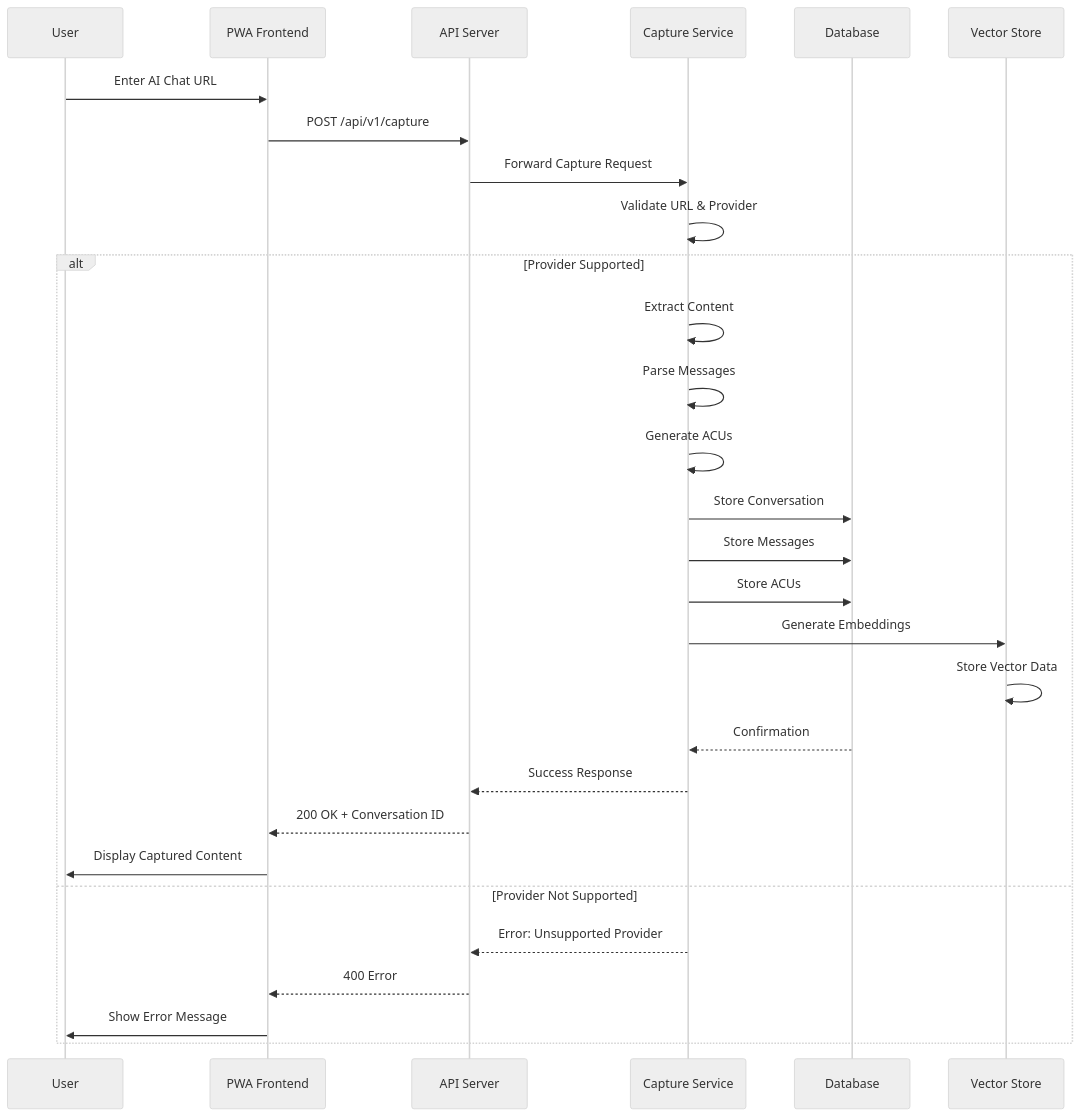
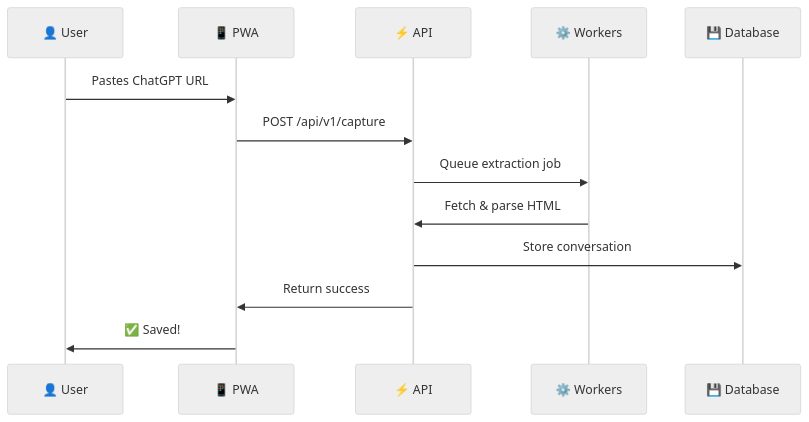
One commit to owenservera/vivim-app changed the third of 8 diagrams in vivim.docs.context/docs/architecture/overview.md. Above: the diagram before and after it, drawn with Mermaid (neutral theme). The commit also changed other lines of this file and 18 other files, not shown here.

````diff
--- a/vivim.docs.context/docs/architecture/overview.md
+++ b/vivim.docs.context/docs/architecture/overview.md
@@ -120,38 +124,16 @@
 ```mermaid
 sequenceDiagram
-    participant U as User
-    participant PWA as PWA Frontend
-    participant API as API Server
-    participant CAP as Capture Service
-    participant DB as Database
-    participant VEC as Vector Store
-
-    U->>PWA: Enter AI Chat URL
-    PWA->>API: POST /api/v1/capture
+    participant U as 👤 User
+    participant P as 📱 PWA
+    participant A as ⚡ API
+    participant W as ⚙️ Workers
+    participant D as 💾 Database
     
-    API->>CAP: Forward Capture Request
-    CAP->>CAP: Validate URL & Provider
-    
-    alt Provider Supported
-        CAP->>CAP: Extract Content
-        CAP->>CAP: Parse Messages
-        CAP->>CAP: Generate ACUs
-        
-        CAP->>DB: Store Conversation
-        CAP->>DB: Store Messages
-        CAP->>DB: Store ACUs
-        
-        CAP->>VEC: Generate Embeddings
-        VEC->>VEC: Store Vector Data
-        
-        DB-->>CAP: Confirmation
-        CAP-->>API: Success Response
-        API-->>PWA: 200 OK + Conversation ID
-        
-        PWA->>U: Display Captured Content
-    else Provider Not Supported
-        CAP-->>API: Error: Unsupported Provider
-        API-->>PWA: 400 Error
-        PWA->>U: Show Error Message
-    end
+    U->>P: Pastes ChatGPT URL
+    P->>A: POST /api/v1/capture
+    A->>W: Queue extraction job
+    W->>A: Fetch & parse HTML
+    A->>D: Store conversation
+    A->>P: Return success
+    P->>U: ✅ Saved!
 ```
````
